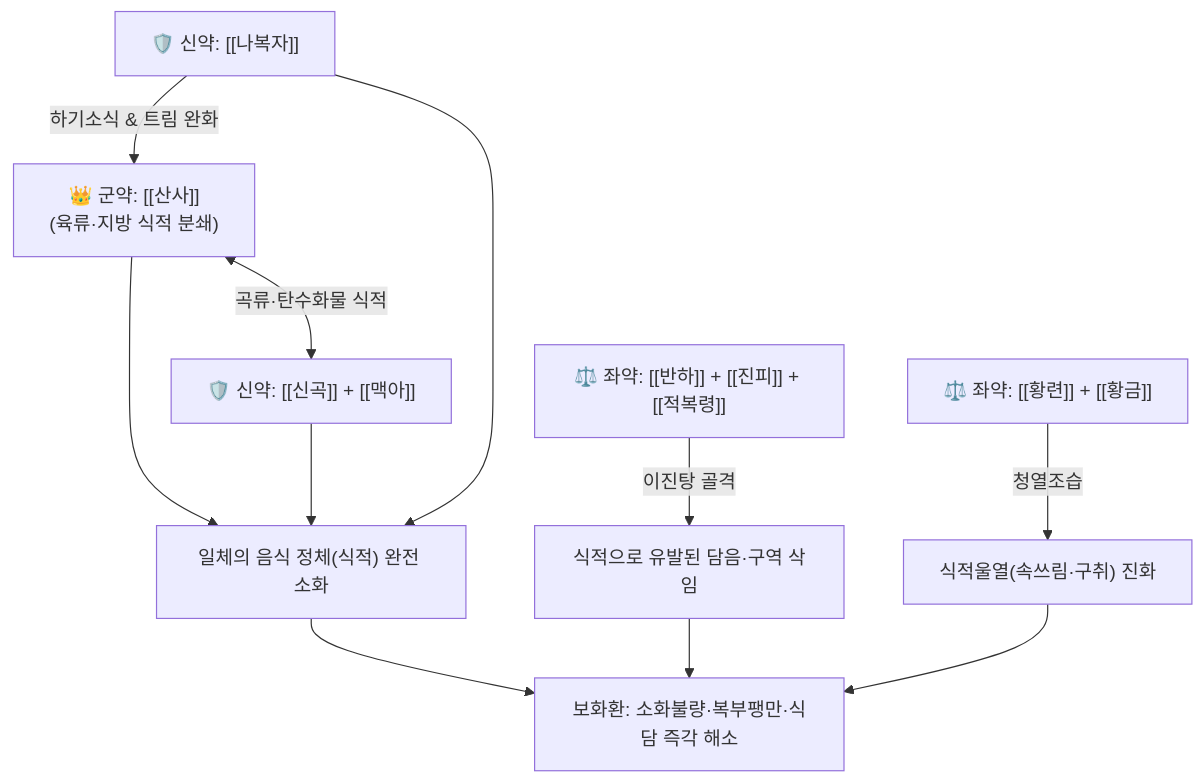
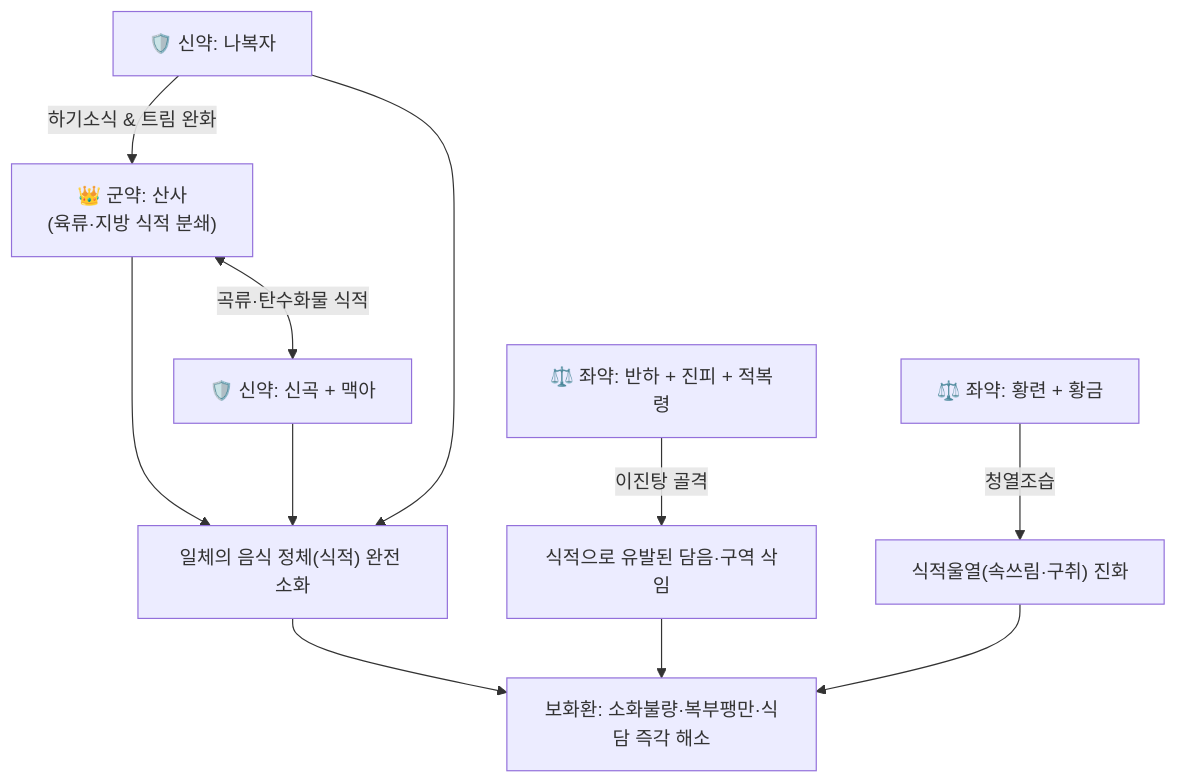
Before and after one commit to simbio11/simbio-digital-garden2: the diagram in content/2. 약리 공부/처방/03_화담·거습·이수제/보화환.md, drawn with Mermaid. The commit also changed other lines of this file and 323 other files, not shown here.

````diff
--- a/content/2. 약리 공부/처방/03_화담·거습·이수제/보화환.md
+++ b/content/2. 약리 공부/처방/03_화담·거습·이수제/보화환.md
@@ -53,9 +55,9 @@
 ```mermaid
 graph TD
-    SS["👑 군약: [[산사]]<br>(육류·지방 식적 분쇄)"] <-->|곡류·탄수화물 식적| SG["🛡️ 신약: [[신곡]] + [[맥아]]"]
-    NB["🛡️ 신약: [[나복자]]"] -->|하기소식 & 트림 완화| SS
+    SS["👑 군약: 산사<br>(육류·지방 식적 분쇄)"] <-->|곡류·탄수화물 식적| SG["🛡️ 신약: 신곡 + 맥아"]
+    NB["🛡️ 신약: 나복자"] -->|하기소식 & 트림 완화| SS
     SS & SG & NB --> X["일체의 음식 정체(식적) 완전 소화"]
-    BH["⚖️ 좌약: [[반하]] + [[진피]] + [[적복령]]"] -->|이진탕 골격| Y["식적으로 유발된 담음·구역 삭임"]
-    HL["⚖️ 좌약: [[황련]] + [[황금]]"] -->|청열조습| Z["식적울열(속쓰림·구취) 진화"]
+    BH["⚖️ 좌약: 반하 + 진피 + 적복령"] -->|이진탕 골격| Y["식적으로 유발된 담음·구역 삭임"]
+    HL["⚖️ 좌약: 황련 + 황금"] -->|청열조습| Z["식적울열(속쓰림·구취) 진화"]
     X & Y & Z --> Final["보화환: 소화불량·복부팽만·식담 즉각 해소"]
 ```
````
